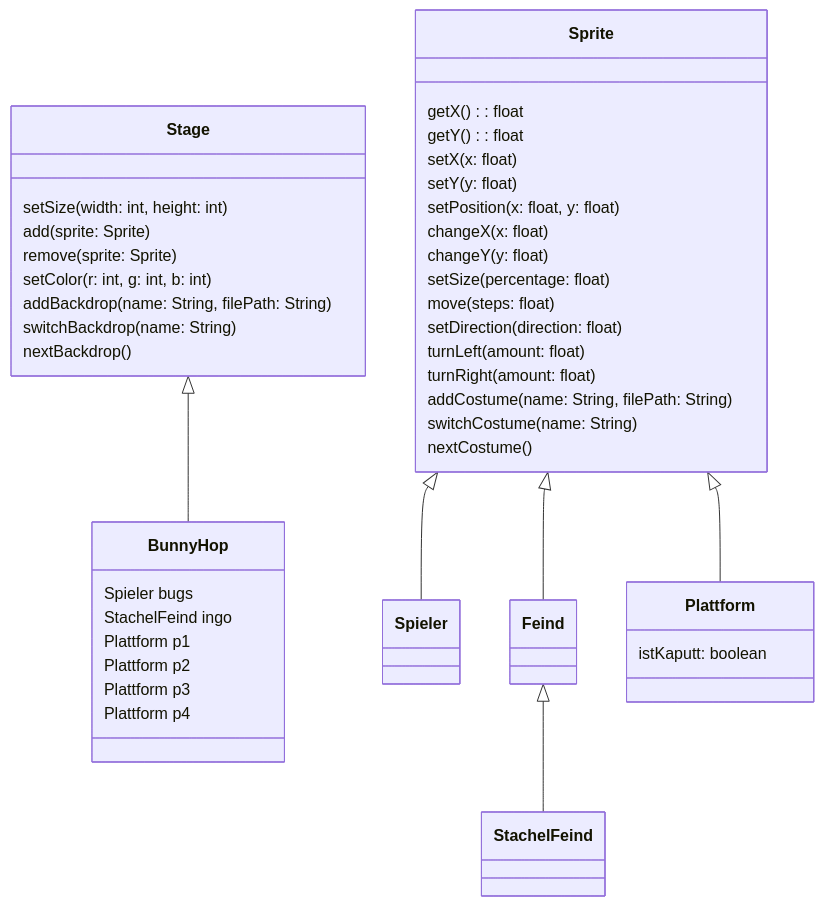
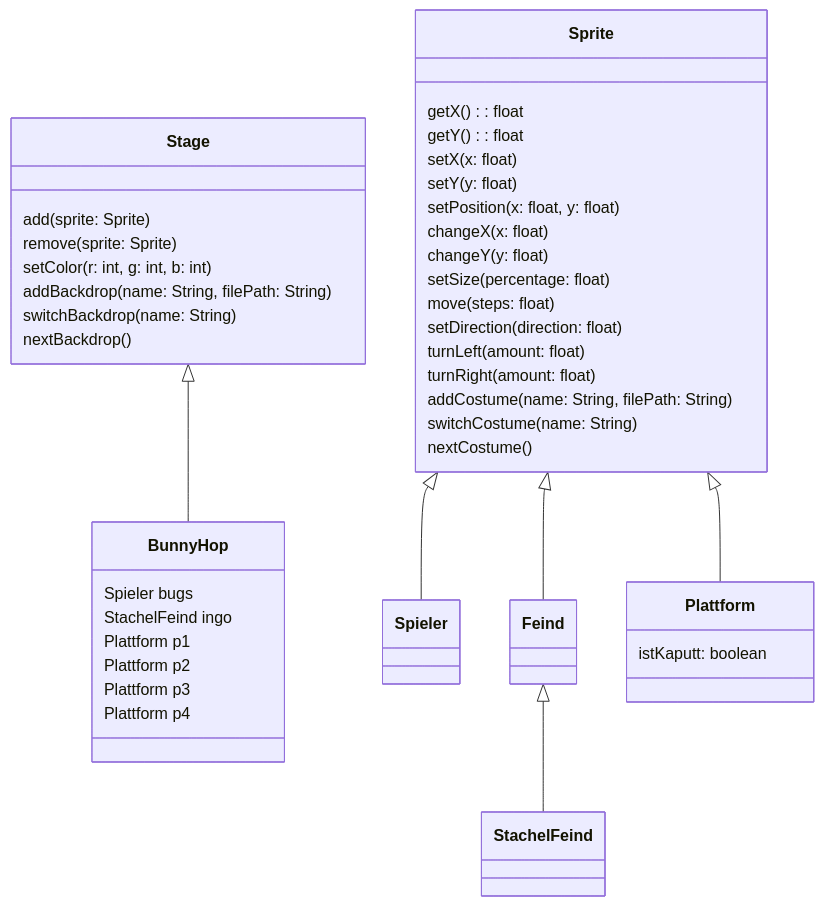
One commit to hanno1seibod/book2 changed the diagram in book/erste-implementierung/weitere-klassen.md. Above: the diagram before and after it, drawn with Mermaid.

````diff
--- a/book/erste-implementierung/weitere-klassen.md
+++ b/book/erste-implementierung/weitere-klassen.md
@@ -19,58 +19,57 @@
 ```mermaid
 classDiagram
     Stage <|-- BunnyHop
     Sprite <|-- Spieler
     Sprite <|-- Feind
     Sprite <|-- Plattform
     Feind <|-- StachelFeind
 
     class Stage {
-        setSize(width: int, height: int)
         add(sprite: Sprite)
         remove(sprite: Sprite)
         setColor(r: int, g: int, b: int)
         addBackdrop(name: String, filePath: String)
         switchBackdrop(name: String)
         nextBackdrop()
     }
 
     class BunnyHop {
         Spieler bugs
         StachelFeind ingo
         Plattform p1
         Plattform p2
         Plattform p3
         Plattform p4
     }
 
     class Sprite {
         getX(): float
         getY(): float
         setX(x: float)
         setY(y: float)
         setPosition(x: float, y: float)
         changeX(x: float)
         changeY(y: float)
         setSize(percentage: float)
         move(steps: float)
         setDirection(direction: float)
         turnLeft(amount: float)
         turnRight(amount: float)
         addCostume(name: String, filePath: String)
         switchCostume(name: String)
         nextCostume()
     }
 
     class Spieler {
     }
 
     class Plattform {
         istKaputt: boolean
     }
 
     class Feind {
     }
 
     class StachelFeind {
     }
 ```
````
